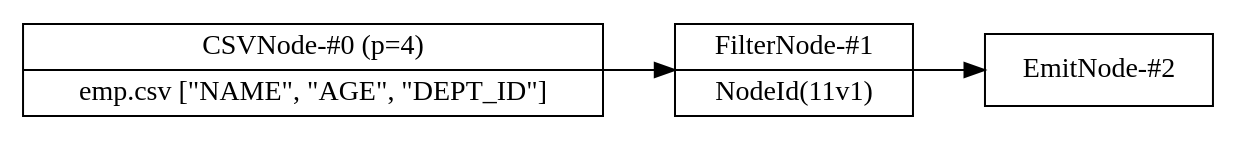
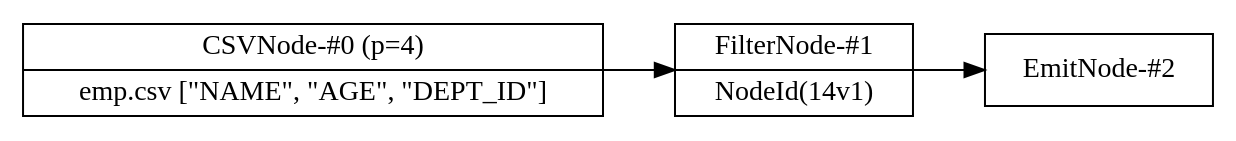
One commit to adarshpannu/kona changed the diagram in flow.dot. Above: the diagram before and after it, drawn with Graphviz. The commit also changed 16 other files, not shown here.

```diff
--- a/flow.dot
+++ b/flow.dot
@@ -1,11 +1,11 @@
 digraph example1 {
     node [shape=record];
     rankdir=LR;
     splines=polyline;
     nodesep=0.5;
     Node0[label="CSVNode-#0 (p=4)|emp.csv [\"NAME\", \"AGE\", \"DEPT_ID\"]"];
-    Node1[label="FilterNode-#1|NodeId(11v1)"];
+    Node1[label="FilterNode-#1|NodeId(14v1)"];
     Node0 -> Node1;
     Node2[label="EmitNode-#2"];
     Node1 -> Node2;
 }
```
